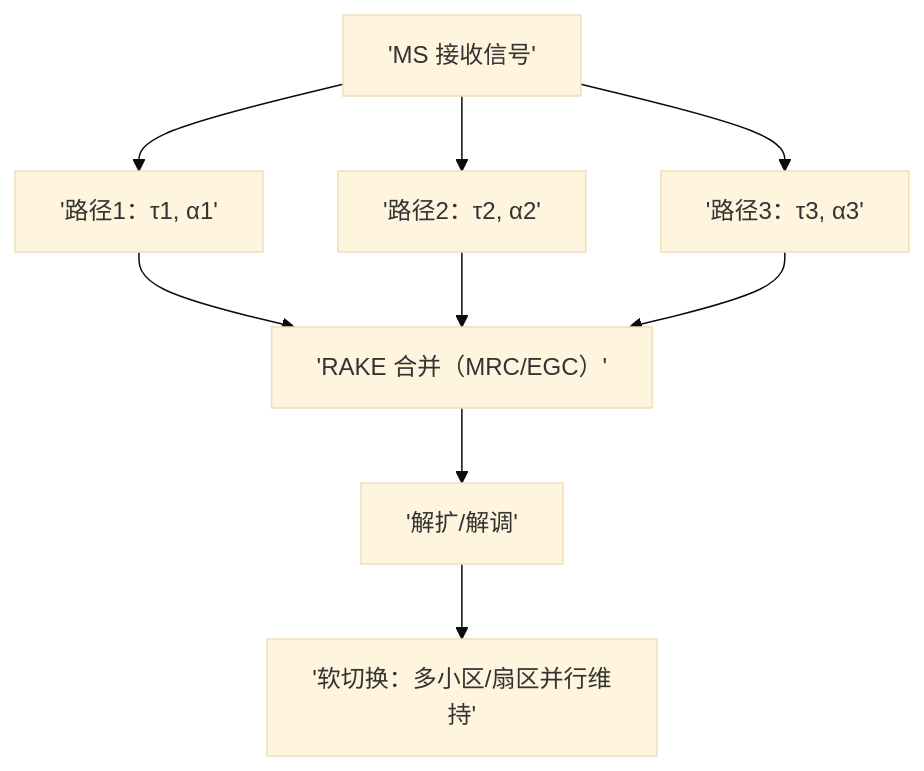
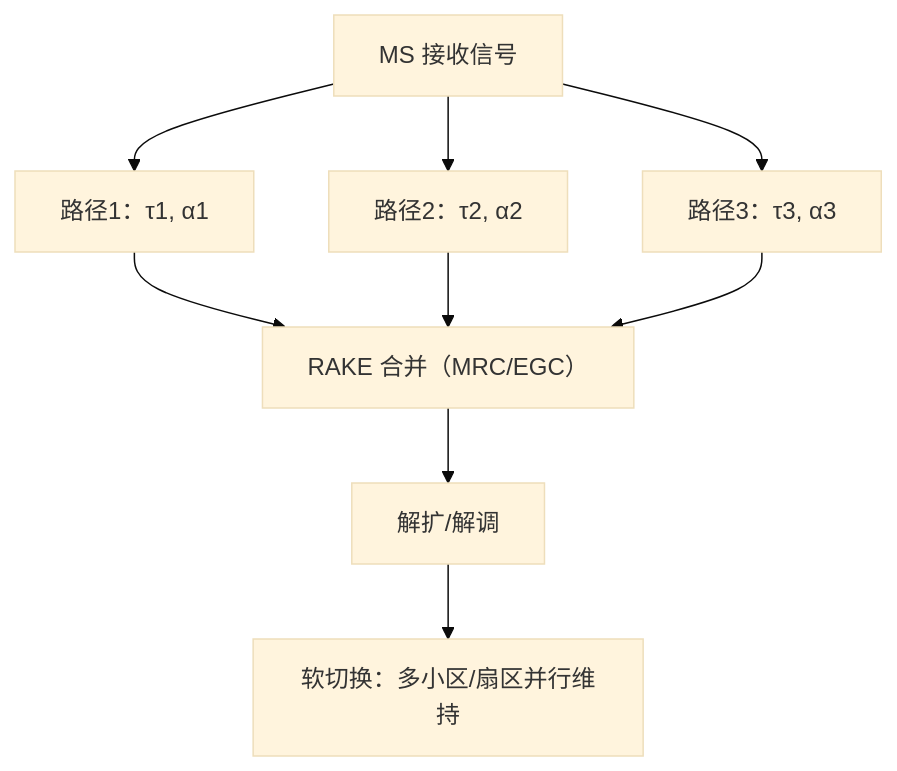
The second of 4 diagrams in p/3.RF无线技术-蜂窝网-2G.md (mzrf/mzrf.github.io), drawn with Mermaid (base theme) before and after one commit. The commit also changed other lines of this file, not shown here.

Commit message:
p/3.RF无线技术-蜂窝网-2G.md updated from https://stackedit.io/

````diff
--- a/p/3.RF无线技术-蜂窝网-2G.md
+++ b/p/3.RF无线技术-蜂窝网-2G.md
@@ -368,11 +368,11 @@
 ```mermaid
 flowchart TB
-  RX["'MS 接收信号'"] --> Tap1["'路径1：τ1, α1'"]
-  RX --> Tap2["'路径2：τ2, α2'"]
-  RX --> Tap3["'路径3：τ3, α3'"]
-  Tap1 --> Comb["'RAKE 合并（MRC/EGC）'"]
+  RX["MS 接收信号"] --> Tap1["路径1：τ1, α1"]
+  RX --> Tap2["路径2：τ2, α2"]
+  RX --> Tap3["路径3：τ3, α3"]
+  Tap1 --> Comb["RAKE 合并（MRC/EGC）"]
   Tap2 --> Comb
   Tap3 --> Comb
-  Comb --> Demod["'解扩/解调'"]
-  Demod --> HO["'软切换：多小区/扇区并行维持'"]
+  Comb --> Demod["解扩/解调"]
+  Demod --> HO["软切换：多小区/扇区并行维持"]
 ```
````
